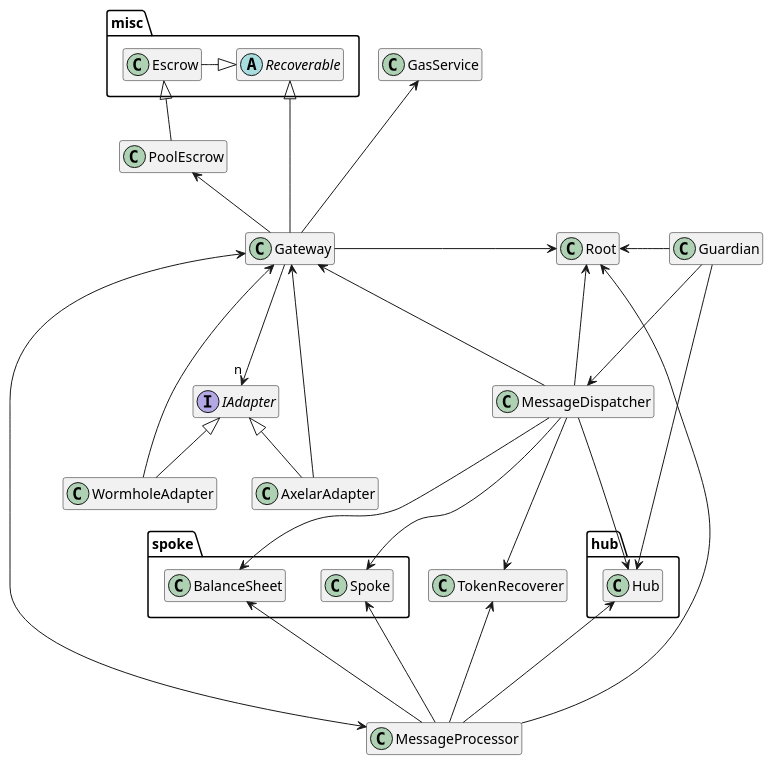
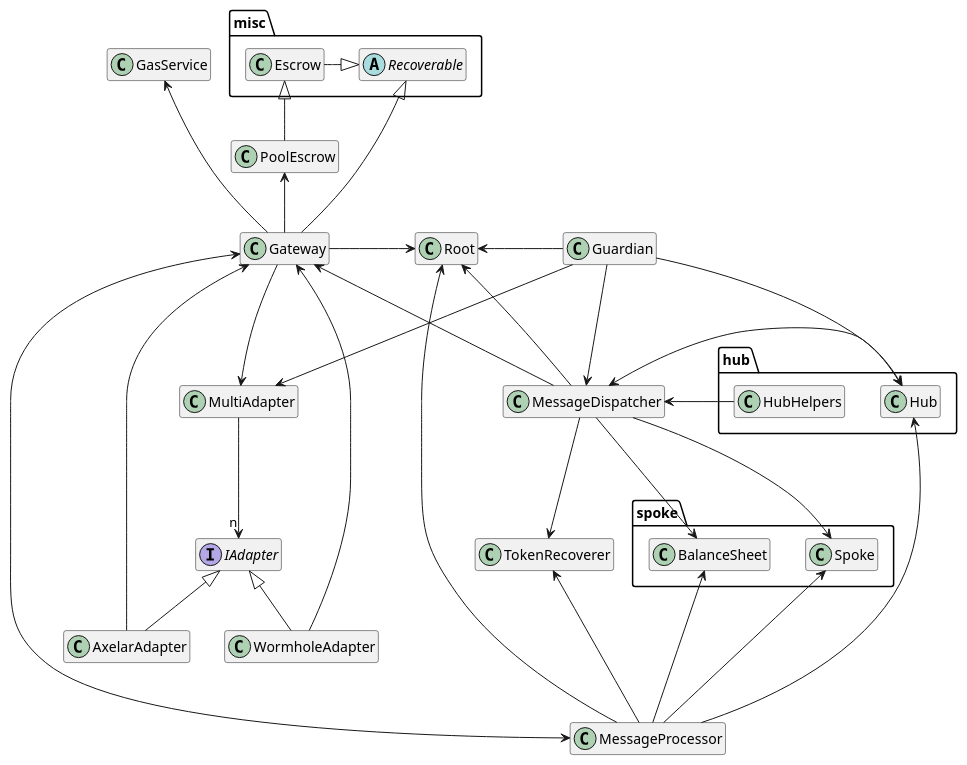
Before and after one commit to centrifuge/protocol: the diagram in docs/architecture/common.puml, drawn with PlantUML. The commit also changed 7 other files, not shown here.

First line of the commit message:
Update diagrams, remove unused dependency (#456)

```diff
--- a/docs/architecture/common.puml
+++ b/docs/architecture/common.puml
@@ -1,64 +1,68 @@
 @startuml
 hide empty members
 
 package misc {
     abstract Recoverable
     class Escrow
 }
 
 package hub {
     class Hub
+    class HubHelpers
 }
 
 package spoke {
     class Spoke
     class BalanceSheet
 }
 
 interface IAdapter
 
 class TokenRecoverer
 class Root
 class MessageDispatcher
 class MessageProcessor
 class Gateway
 class AxelarAdapter
 class WormholeAdapter
 class Guardian
 class GasService
 class PoolEscrow
 
 AxelarAdapter -up-|> IAdapter
 AxelarAdapter -up--> Gateway
 
 WormholeAdapter -up-|> IAdapter
 WormholeAdapter -up--> Gateway
 
 MessageProcessor --up-> Root
 MessageProcessor --up-> TokenRecoverer
 MessageProcessor --up-> Hub
 MessageProcessor --up-> Spoke
 MessageProcessor --up-> BalanceSheet
 MessageProcessor <--up-> Gateway
 
 MessageDispatcher ---> Root
 MessageDispatcher ---> TokenRecoverer
 MessageDispatcher ---> Gateway
-MessageDispatcher ---> Hub
+MessageDispatcher <--> Hub
+HubHelpers ---> MessageDispatcher
 MessageDispatcher ---> Spoke
 MessageDispatcher ---> BalanceSheet
 
 Guardian ---> Hub
 Guardian -left---> Root
 Guardian ---> MessageDispatcher
+Guardian ---> MultiAdapter
 
 Gateway -up--> GasService
 Gateway -up--|> Recoverable
 Gateway -right-> Root
-Gateway -down-->"n" IAdapter
+Gateway -down--> MultiAdapter
+MultiAdapter -down-->"n" IAdapter
 Gateway -up->PoolEscrow
 
 PoolEscrow -up-|> Escrow
 Escrow -right-|> Recoverable
 
 @enduml
```
